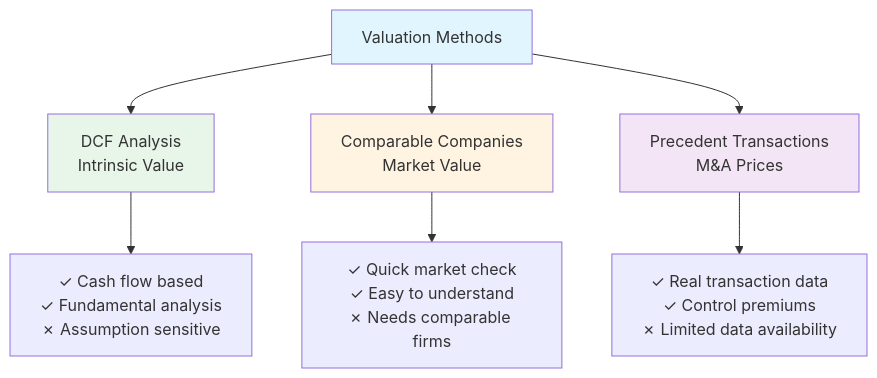
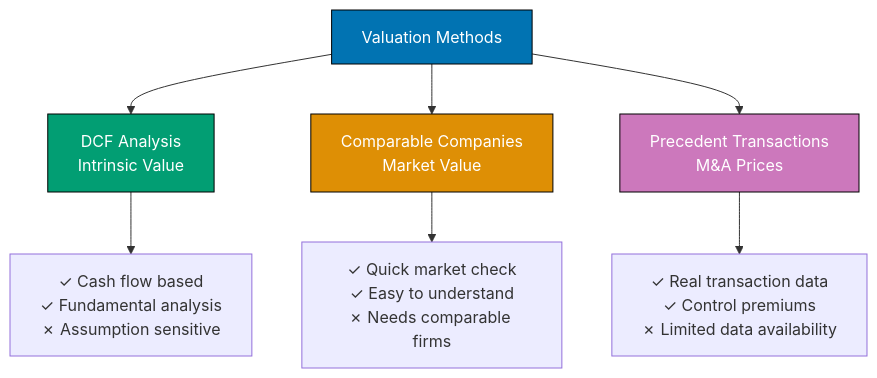
Before and after one commit to wahidyankf/open-sharia-enterprise: the tenth of 12 diagrams in docs/tutorials/business-and-finance/tu-bufi__corporate-finance.md, drawn with Mermaid. The commit also changed other lines of this file and 22 other files, not shown here.

First line of the commit message:
docs(diagrams): ensure all mermaid diagrams use color-blind friendly palette

````diff
--- a/docs/tutorials/business-and-finance/tu-bufi__corporate-finance.md
+++ b/docs/tutorials/business-and-finance/tu-bufi__corporate-finance.md
@@ -1206,15 +1236,15 @@
 ```mermaid
 flowchart TD
 	A[Valuation Methods] --> B[DCF Analysis<br/>Intrinsic Value]
 	A --> C[Comparable Companies<br/>Market Value]
 	A --> D[Precedent Transactions<br/>M&A Prices]
 
 	B --> B1[✓ Cash flow based<br/>✓ Fundamental analysis<br/>✗ Assumption sensitive]
 	C --> C1[✓ Quick market check<br/>✓ Easy to understand<br/>✗ Needs comparable firms]
 	D --> D1[✓ Real transaction data<br/>✓ Control premiums<br/>✗ Limited data availability]
 
-	style A fill:#e1f5ff
-	style B fill:#e8f5e9
-	style C fill:#fff4e1
-	style D fill:#f3e5f5
+	style A fill:#0173B2,stroke:#000000,color:#FFFFFF
+	style B fill:#029E73,stroke:#000000,color:#FFFFFF
+	style C fill:#DE8F05,stroke:#000000,color:#FFFFFF
+	style D fill:#CC78BC,stroke:#000000,color:#FFFFFF
 ```
````
